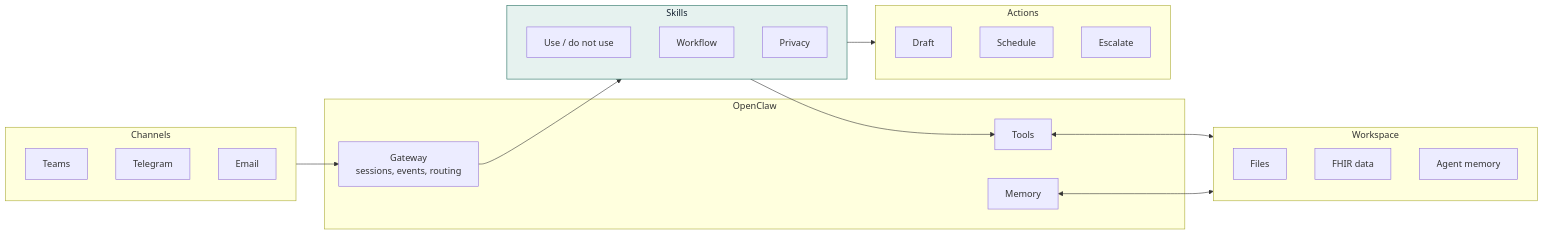
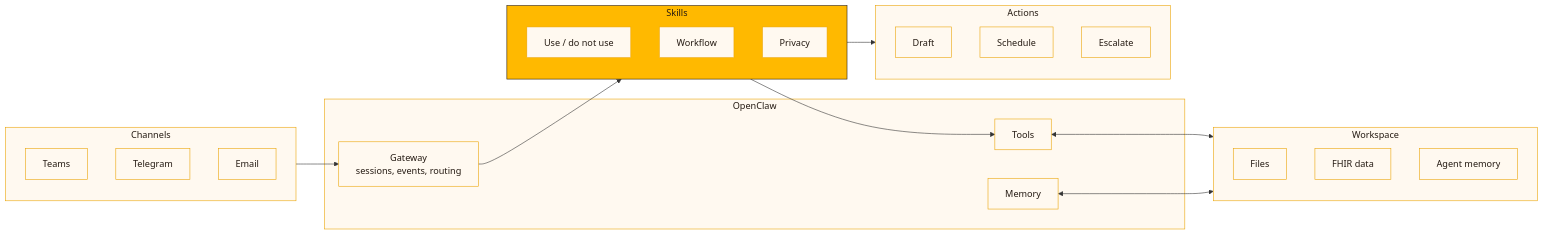
One commit to pswider/autopilot-scout-apac changed the diagram in docs/architecture.md. Above: the diagram before and after it, drawn with Mermaid. The commit also changed 10 other files, not shown here.

````diff
--- a/docs/architecture.md
+++ b/docs/architecture.md
@@ -7,42 +7,45 @@
 ```mermaid
 flowchart LR
     subgraph CH["Channels"]
         T1["Teams"]
         T2["Telegram"]
         T3["Email"]
     end
 
     subgraph OC["OpenClaw"]
         GW["Gateway<br/>sessions, events, routing"]
         TL["Tools"]
         MEM["Memory"]
     end
 
     subgraph SK["Skills"]
         S1["Use / do not use"]
         S2["Workflow"]
         S3["Privacy"]
     end
 
     subgraph WS["Workspace"]
         W1["Files"]
         W2["FHIR data"]
         W3["Agent memory"]
     end
 
     subgraph AC["Actions"]
         A1["Draft"]
         A2["Schedule"]
         A3["Escalate"]
     end
 
     CH --> GW
     GW --> SK
     SK --> TL
     TL <--> WS
     MEM <--> WS
     SK --> AC
 
-    classDef boundary fill:#E6F2EF,stroke:#1F6B5C,color:#132030
+    classDef default fill:#FFF9F0,stroke:#EAA300,color:#241A12
+    classDef group fill:#FFF9F0,stroke:#EAA300,color:#241A12
+    classDef boundary fill:#FFB900,stroke:#241A12,color:#241A12
+    class CH,OC,WS,AC group
     class SK boundary
 ```
````
